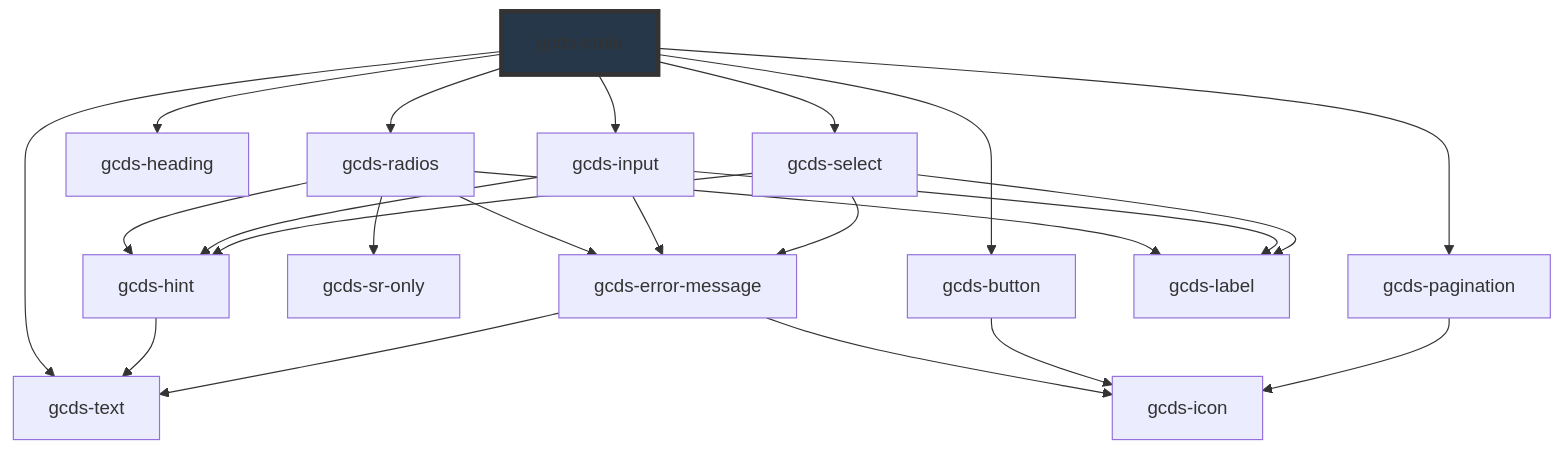
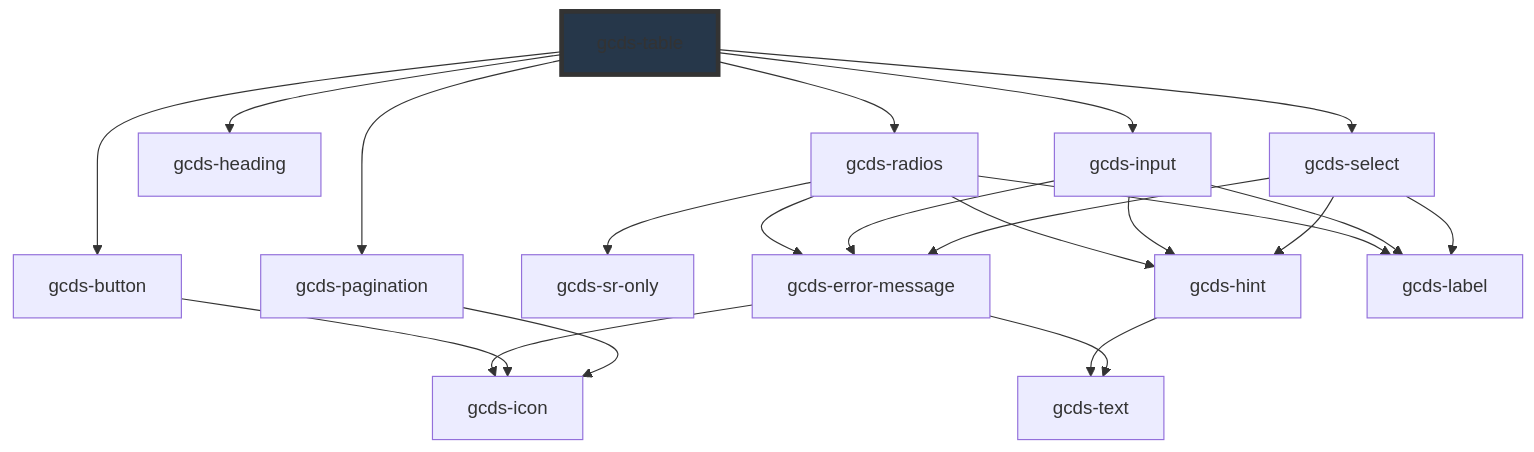
Before and after one commit to cds-snc/gcds-components: the diagram in packages/web/src/components/gcds-table/readme.md, drawn with Mermaid. The commit also changed other lines of this file and 4 other files, not shown here.

````diff
--- a/packages/web/src/components/gcds-table/readme.md
+++ b/packages/web/src/components/gcds-table/readme.md
@@ -37,26 +36,25 @@
 ```mermaid
 graph TD;
   gcds-table --> gcds-radios
   gcds-table --> gcds-button
   gcds-table --> gcds-heading
   gcds-table --> gcds-input
-  gcds-table --> gcds-text
   gcds-table --> gcds-select
   gcds-table --> gcds-pagination
   gcds-radios --> gcds-sr-only
   gcds-radios --> gcds-hint
   gcds-radios --> gcds-error-message
   gcds-radios --> gcds-label
   gcds-hint --> gcds-text
   gcds-error-message --> gcds-text
   gcds-error-message --> gcds-icon
   gcds-button --> gcds-icon
   gcds-input --> gcds-label
   gcds-input --> gcds-hint
   gcds-input --> gcds-error-message
   gcds-select --> gcds-label
   gcds-select --> gcds-hint
   gcds-select --> gcds-error-message
   gcds-pagination --> gcds-icon
   style gcds-table fill:#26374a,stroke:#333,stroke-width:4px
 ```
````
